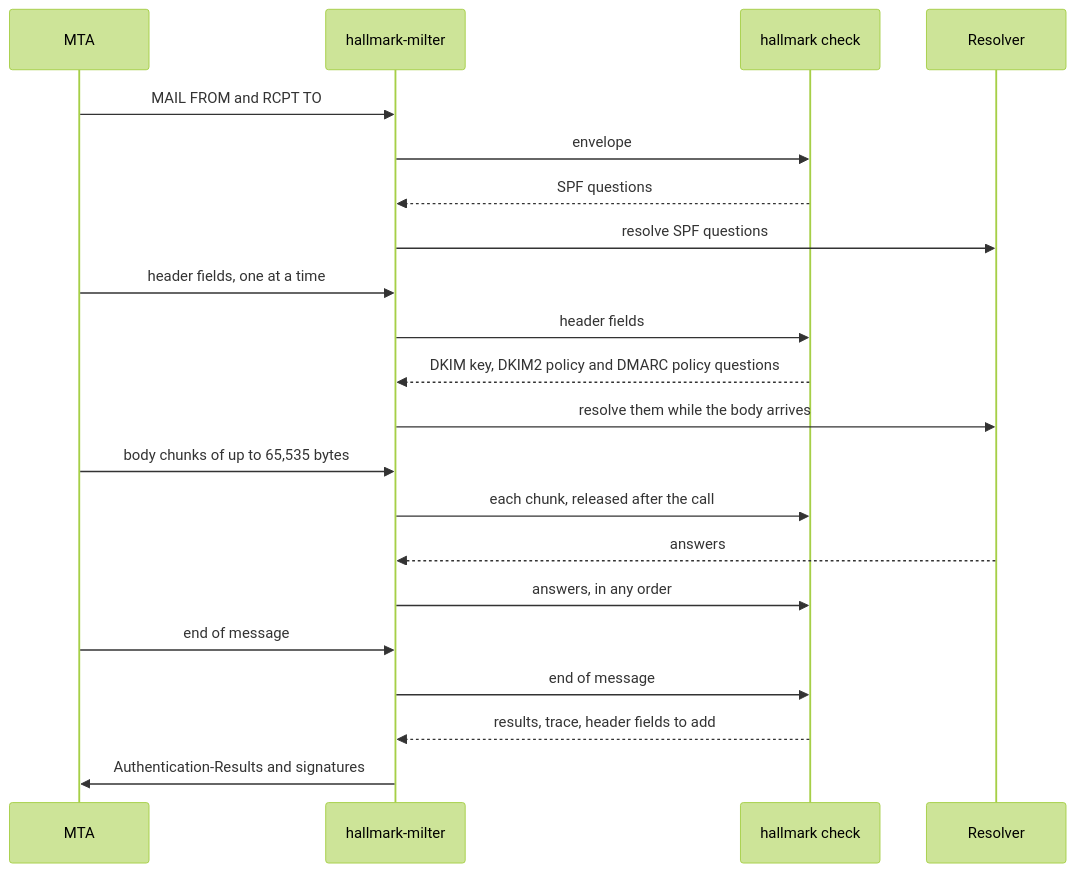
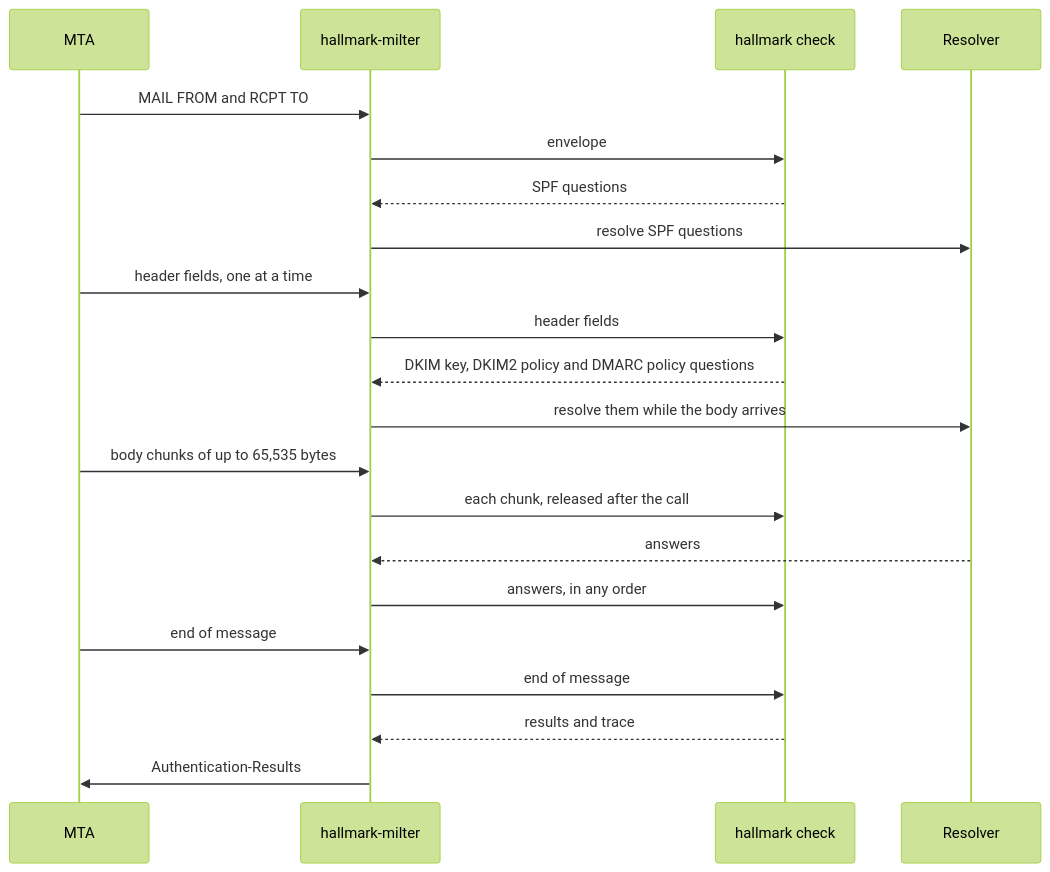
One commit to photom/hallmark changed the second of 3 diagrams in docs/explanation/external-architecture.md. Above: the diagram before and after it, drawn with Mermaid (forest theme). The commit also changed other lines of this file and 48 other files, not shown here.

````diff
--- a/docs/explanation/external-architecture.md
+++ b/docs/explanation/external-architecture.md
@@ -49,23 +49,23 @@
 ```mermaid
 sequenceDiagram
     participant MTA
     participant Milter as hallmark-milter
     participant Check as hallmark check
     participant DNS as Resolver
     MTA->>Milter: MAIL FROM and RCPT TO
     Milter->>Check: envelope
     Check-->>Milter: SPF questions
     Milter->>DNS: resolve SPF questions
     MTA->>Milter: header fields, one at a time
     Milter->>Check: header fields
     Check-->>Milter: DKIM key, DKIM2 policy and DMARC policy questions
     Milter->>DNS: resolve them while the body arrives
     MTA->>Milter: body chunks of up to 65,535 bytes
     Milter->>Check: each chunk, released after the call
     DNS-->>Milter: answers
     Milter->>Check: answers, in any order
     MTA->>Milter: end of message
     Milter->>Check: end of message
-    Check-->>Milter: results, trace, header fields to add
-    Milter->>MTA: Authentication-Results and signatures
+    Check-->>Milter: results and trace
+    Milter->>MTA: Authentication-Results
 ```
````
